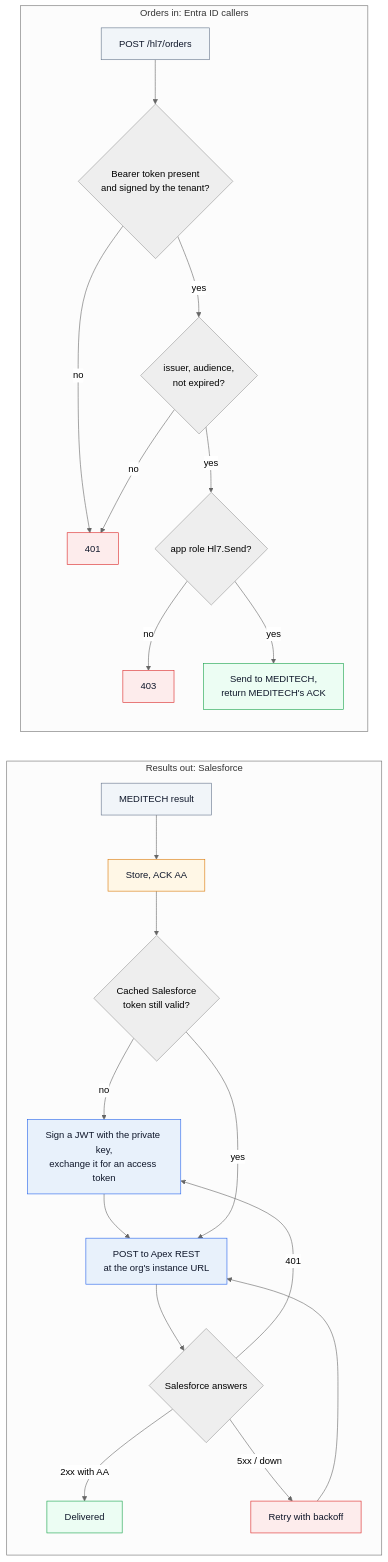
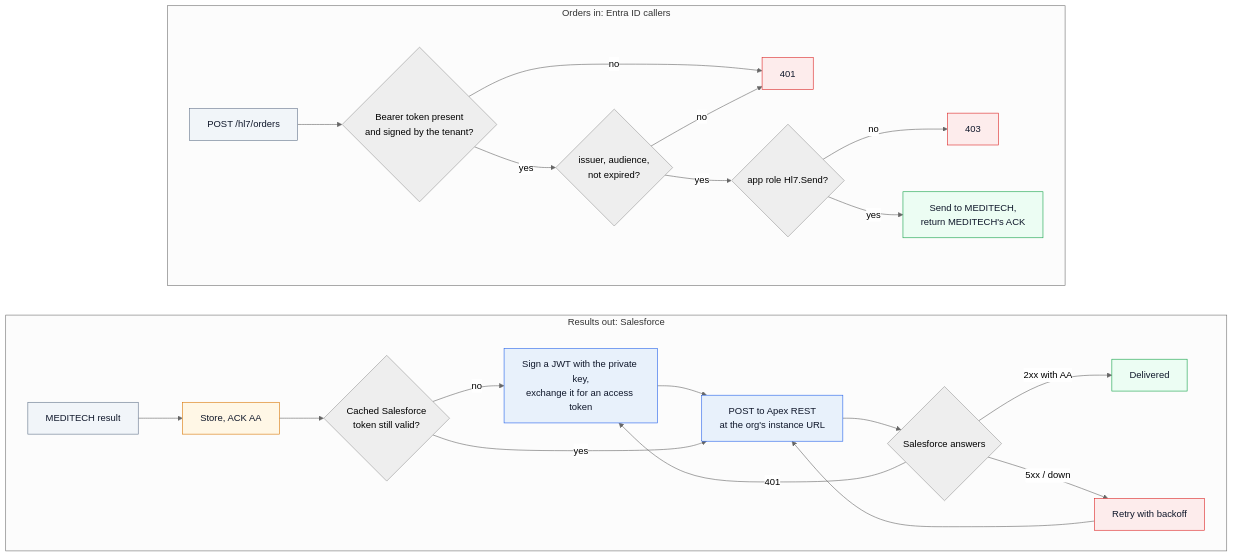
The diagram in 04-entra-id-and-salesforce/diagrams/data-flow.mmd (lambogenius/hl7-edge-gateway-examples), drawn with Mermaid (neutral theme) before and after one commit. The commit also changed 30 other files, not shown here.

Commit message:
Diagrams at full size, with tall data flows laid out to fit a page

```diff
--- a/04-entra-id-and-salesforce/diagrams/data-flow.mmd
+++ b/04-entra-id-and-salesforce/diagrams/data-flow.mmd
@@ -1,27 +1,28 @@
-flowchart LR
+flowchart TB
   subgraph OUT["Results out: Salesforce"]
-    direction TB
+    direction LR
     S["MEDITECH result"]:::ext --> Q["Store, ACK AA"]:::store --> K{"Cached Salesforce<br/>token still valid?"}
     K -- no --> J["Sign a JWT with the private key,<br/>exchange it for an access token"]:::gw --> P
     K -- yes --> P["POST to Apex REST<br/>at the org's instance URL"]:::gw
     P --> SA{"Salesforce answers"}
     SA -- "2xx with AA" --> DONE["Delivered"]:::ok
     SA -- "401" --> J
     SA -- "5xx / down" --> RT["Retry with backoff"]:::bad --> P
   end
   subgraph IN["Orders in: Entra ID callers"]
-    direction TB
+    direction LR
     A["POST /hl7/orders"]:::ext --> T{"Bearer token present<br/>and signed by the tenant?"}
     T -- no --> U["401"]:::bad
     T -- yes --> C{"issuer, audience,<br/>not expired?"}
     C -- no --> U
     C -- yes --> R{"app role Hl7.Send?"}
     R -- no --> F["403"]:::bad
     R -- yes --> M["Send to MEDITECH,<br/>return MEDITECH's ACK"]:::ok
   end
+  IN ~~~ OUT
 
   classDef gw fill:#e8f1fb,stroke:#2563eb,color:#0f172a
   classDef store fill:#fff7e6,stroke:#d97706,color:#0f172a
   classDef ext fill:#f1f5f9,stroke:#64748b,color:#0f172a
   classDef bad fill:#fdecec,stroke:#dc2626,color:#0f172a
   classDef ok fill:#ecfdf3,stroke:#16a34a,color:#0f172a
```
